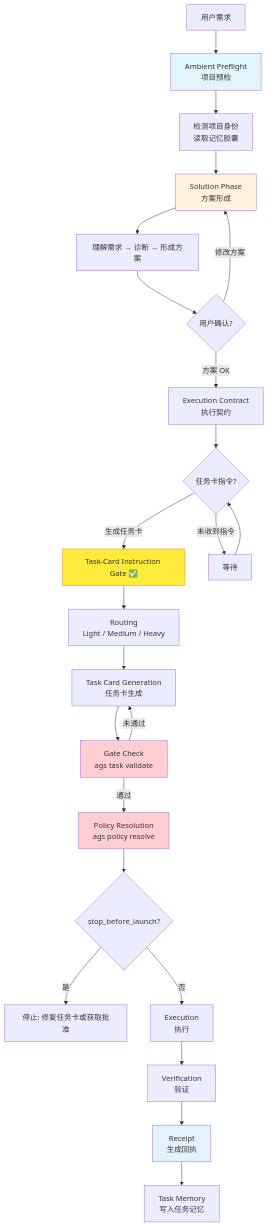
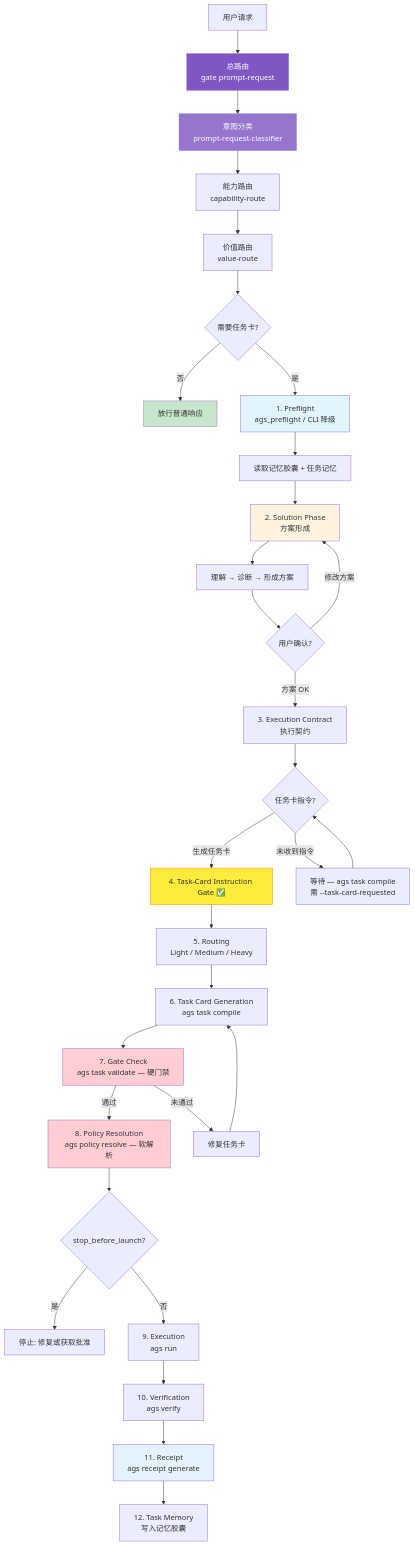
Before and after one commit to FernandeZ-hjm/Agent-General-Staff: the diagram in README.md, drawn with Mermaid. The commit also changed other lines of this file and 2 other files, not shown here.

Commit message:
docs: align README and RELEASE_NOTES to unified routing architecture
Update mermaid flowcharts to reflect the unified routing model
(gate prompt-request → intent classification → capability route →
value route → task-card pipeline or passthrough). Consolidate the
global management command table to the five-stage pipeline
(setup → agents → skill → init → update). Add post-2.7.0
release notes covering unified routing, capsule capture, validator
refactoring, capability skill retirement, and CI hardening.

````diff
--- a/README.md
+++ b/README.md
@@ -162,32 +164,42 @@
 ```mermaid
 flowchart TD
-    A[用户需求] --> B[Ambient Preflight<br/>项目预检]
-    B --> B1[检测项目身份<br/>读取记忆胶囊]
-    B1 --> C[Solution Phase<br/>方案形成]
-    C --> C1[理解需求 → 诊断 → 形成方案]
+    A[用户请求] --> R[总路由<br/>gate prompt-request]
+    R --> R1[意图分类<br/>prompt-request-classifier]
+    R1 --> R2[能力路由<br/>capability-route]
+    R2 --> R3[价值路由<br/>value-route]
+    R3 --> D0{需要任务卡?}
+    D0 -->|否| PASS[放行普通响应]
+    D0 -->|是| B[1. Preflight<br/>ags_preflight / CLI 降级]
+    B --> B1[读取记忆胶囊 + 任务记忆]
+    B1 --> C[2. Solution Phase<br/>方案形成]
+    C --> C1[理解 → 诊断 → 形成方案]
     C1 --> D{用户确认?}
-    D -->|方案 OK| E[Execution Contract<br/>执行契约]
+    D -->|方案 OK| E[3. Execution Contract<br/>执行契约]
     D -->|修改方案| C
     E --> F{任务卡指令?}
-    F -->|生成任务卡| G[Task-Card Instruction Gate ✅]
-    F -->|未收到指令| F_WAIT[等待]
+    F -->|生成任务卡| G[4. Task-Card Instruction Gate ✅]
+    F -->|未收到指令| F_WAIT[等待 — ags task compile<br/>需 --task-card-requested]
     F_WAIT --> F
-    G --> H[Routing<br/>Light / Medium / Heavy]
-    H --> I[Task Card Generation<br/>任务卡生成]
-    I --> J[Gate Check<br/>ags task validate]
-    J -->|通过| K[Policy Resolution<br/>ags policy resolve]
-    J -->|未通过| I
+    G --> H[5. Routing<br/>Light / Medium / Heavy]
+    H --> I[6. Task Card Generation<br/>ags task compile]
+    I --> J[7. Gate Check<br/>ags task validate — 硬门禁]
+    J -->|通过| K[8. Policy Resolution<br/>ags policy resolve — 软解析]
+    J -->|未通过| J_FAIL[修复任务卡]
+    J_FAIL --> I
     K --> L{stop_before_launch?}
-    L -->|是| L_STOP[停止: 修复任务卡或获取批准]
-    L -->|否| M[Execution<br/>执行]
-    M --> N[Verification<br/>验证]
-    N --> O[Receipt<br/>生成回执]
-    O --> P[Task Memory<br/>写入任务记忆]
+    L -->|是| L_STOP[停止: 修复或获取批准]
+    L -->|否| M[9. Execution<br/>ags run]
+    M --> N[10. Verification<br/>ags verify]
+    N --> O[11. Receipt<br/>ags receipt generate]
+    O --> P[12. Task Memory<br/>写入记忆胶囊]
 
+    style R fill:#7e57c2,color:#fff
+    style R1 fill:#9575cd,color:#fff
+    style PASS fill:#c8e6c9
     style B fill:#e1f5fe
     style C fill:#fff3e0
     style G fill:#ffeb3b,stroke:#f57f17
     style J fill:#ffcdd2
     style K fill:#ffcdd2
     style O fill:#e3f2fd
 ```
````
